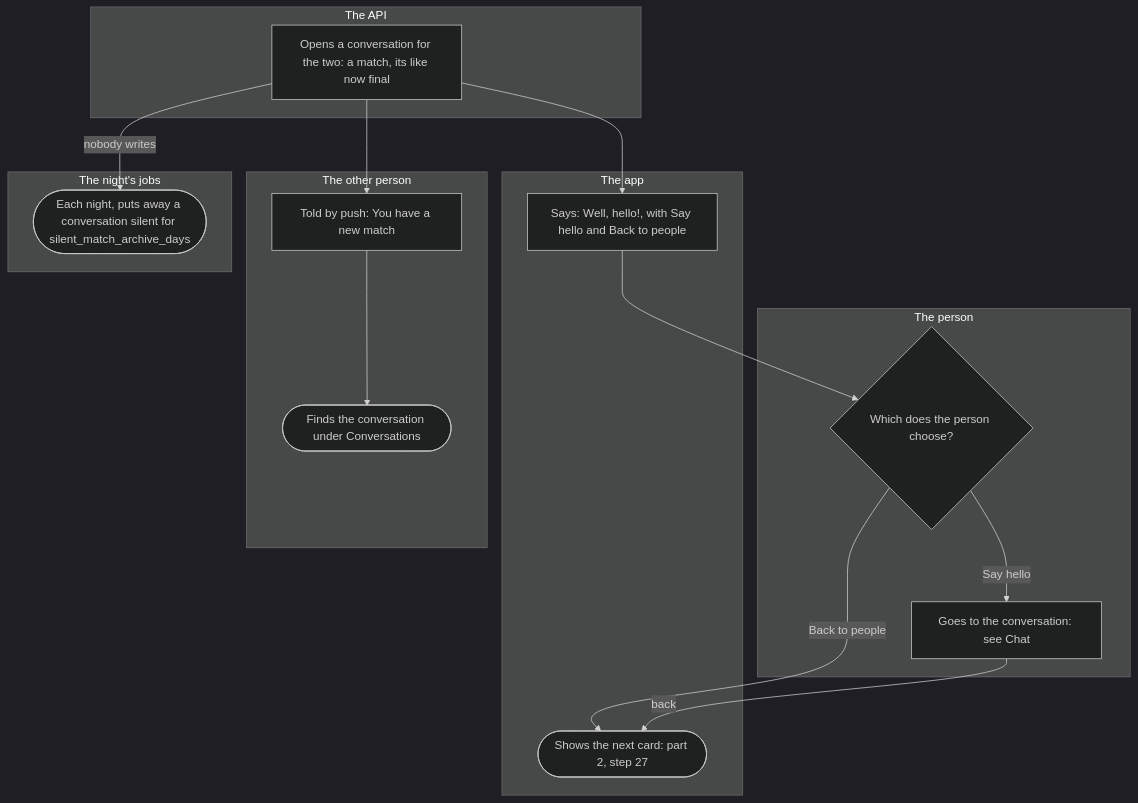
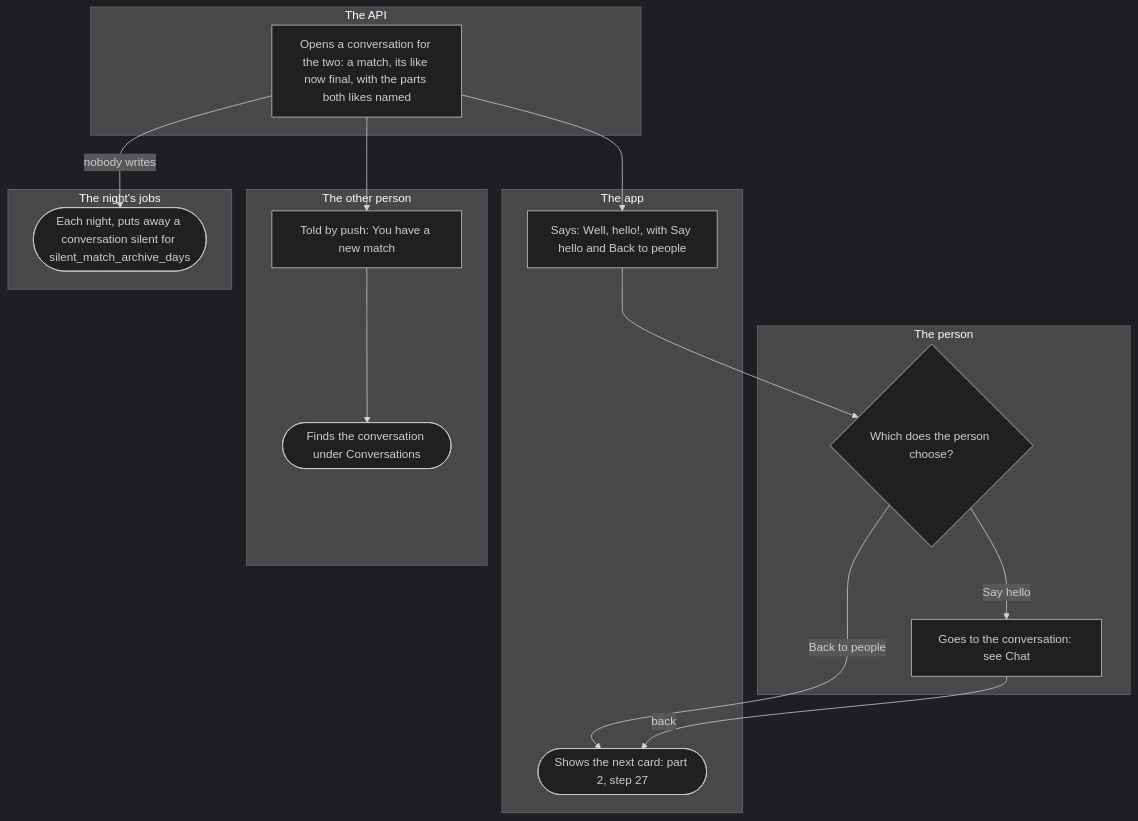
Before and after one commit to kuutti-ry/kumpa-app: the third of 5 diagrams in docs/flows/queue.md, drawn with Mermaid (dark theme). The commit also changed other lines of this file and 114 other files, not shown here.

````diff
--- a/docs/flows/queue.md
+++ b/docs/flows/queue.md
@@ -170,31 +171,31 @@
 ```mermaid
 flowchart TB
   accTitle: The match
   accDescr: A new like that meets the other person's standing like opens a conversation for the two. The app says it is a match and offers the conversation or the next card. The other person is told by push. A conversation where nobody writes is put away at night.
   subgraph person["The person"]
     s34{"Which does the person choose?"}
     s35["Goes to the conversation: see Chat"]
   end
   subgraph app["The app"]
     s33["Says: Well, hello!, with Say hello and Back to people"]
     s36(["Shows the next card: part 2, step 27"])
   end
   subgraph api["The API"]
-    s32["Opens a conversation for the two: a match, its like now final"]
+    s32["Opens a conversation for the two: a match, its like now final, with the parts both likes named"]
   end
   subgraph other["The other person"]
     s37["Told by push: You have a new match"]
     s38(["Finds the conversation under Conversations"])
   end
   subgraph night["The night's jobs"]
     s39(["Each night, puts away a conversation silent for silent_match_archive_days"])
   end
   s32 --> s33
   s33 --> s34
   s34 -->|"Say hello"| s35
   s34 -->|"Back to people"| s36
   s35 -->|"back"| s36
   s32 --> s37
   s37 --> s38
   s32 -->|"nobody writes"| s39
 ```
````
